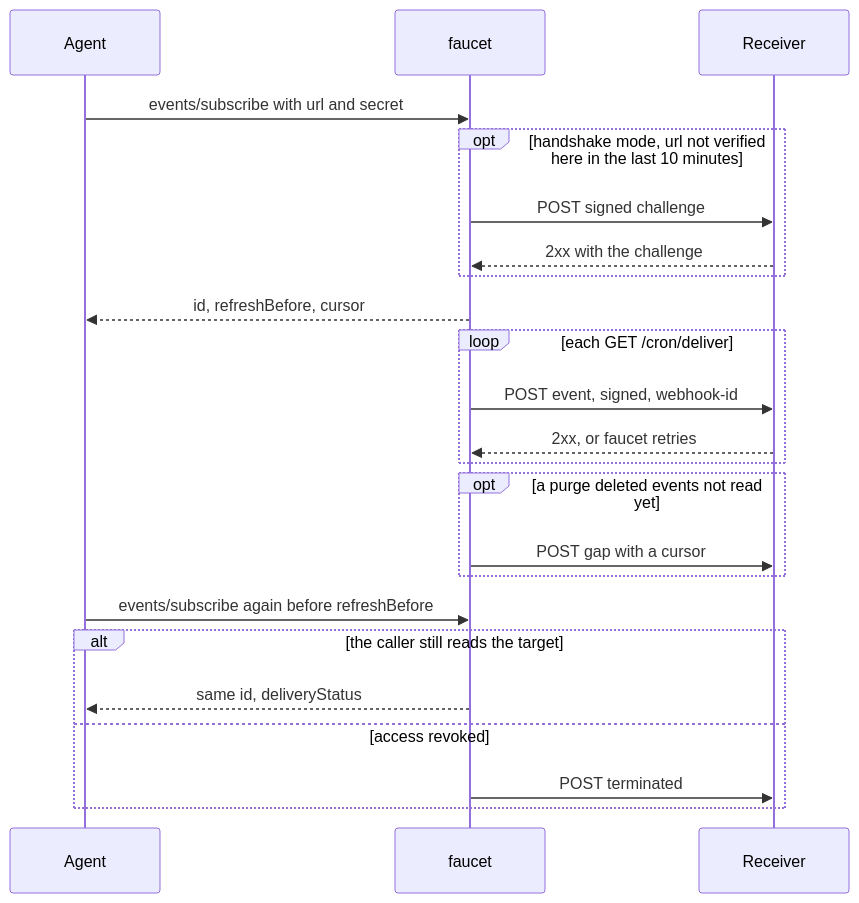
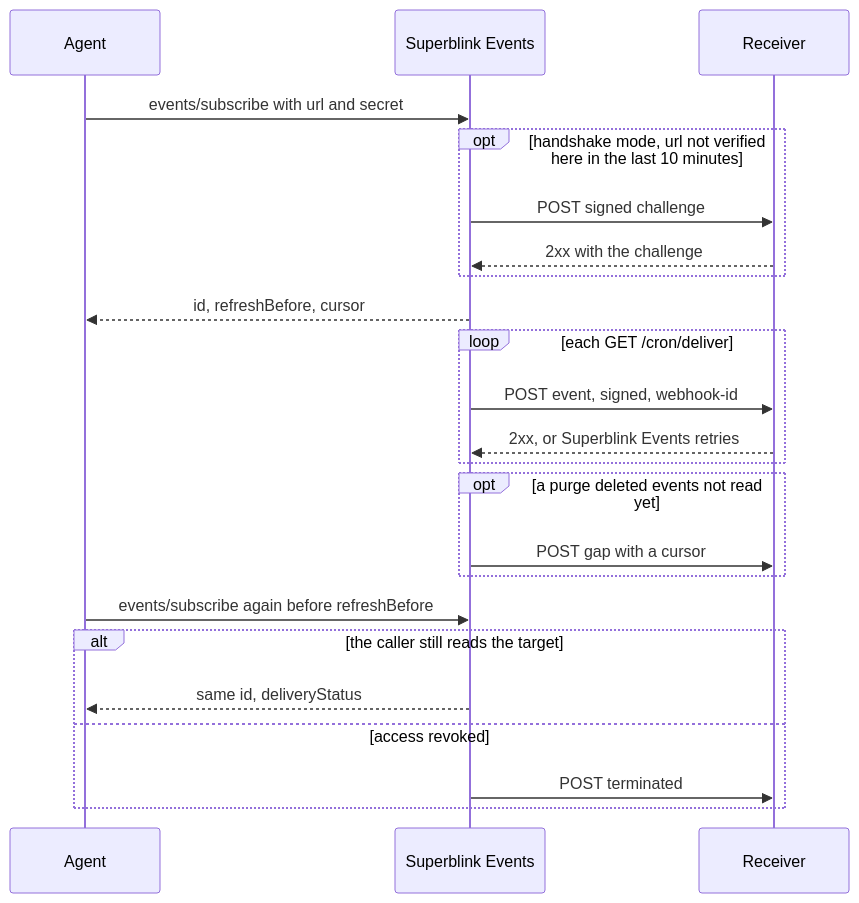
Before and after one commit to coder/faucet: the diagram in docs/webhooks.md, drawn with Mermaid. The commit also changed other lines of this file and 51 other files, not shown here.

First line of the commit message:
docs: call the project Superblink Events

````diff
--- a/docs/webhooks.md
+++ b/docs/webhooks.md
@@ -5,25 +5,25 @@
 ```mermaid
 sequenceDiagram
     participant A as Agent
-    participant F as faucet
+    participant F as Superblink Events
     participant R as Receiver
     A->>F: events/subscribe with url and secret
     opt handshake mode, url not verified here in the last 10 minutes
         F->>R: POST signed challenge
         R-->>F: 2xx with the challenge
     end
     F-->>A: id, refreshBefore, cursor
     loop each GET /cron/deliver
         F->>R: POST event, signed, webhook-id
-        R-->>F: 2xx, or faucet retries
+        R-->>F: 2xx, or Superblink Events retries
     end
     opt a purge deleted events not read yet
         F->>R: POST gap with a cursor
     end
     A->>F: events/subscribe again before refreshBefore
     alt the caller still reads the target
         F-->>A: same id, deliveryStatus
     else access revoked
         F->>R: POST terminated
     end
 ```
````
